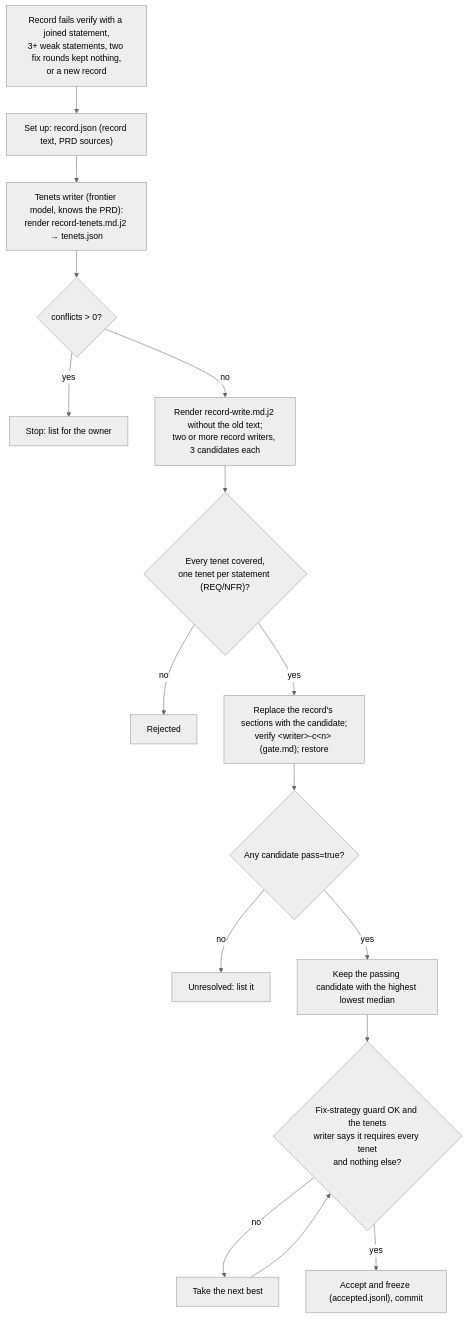
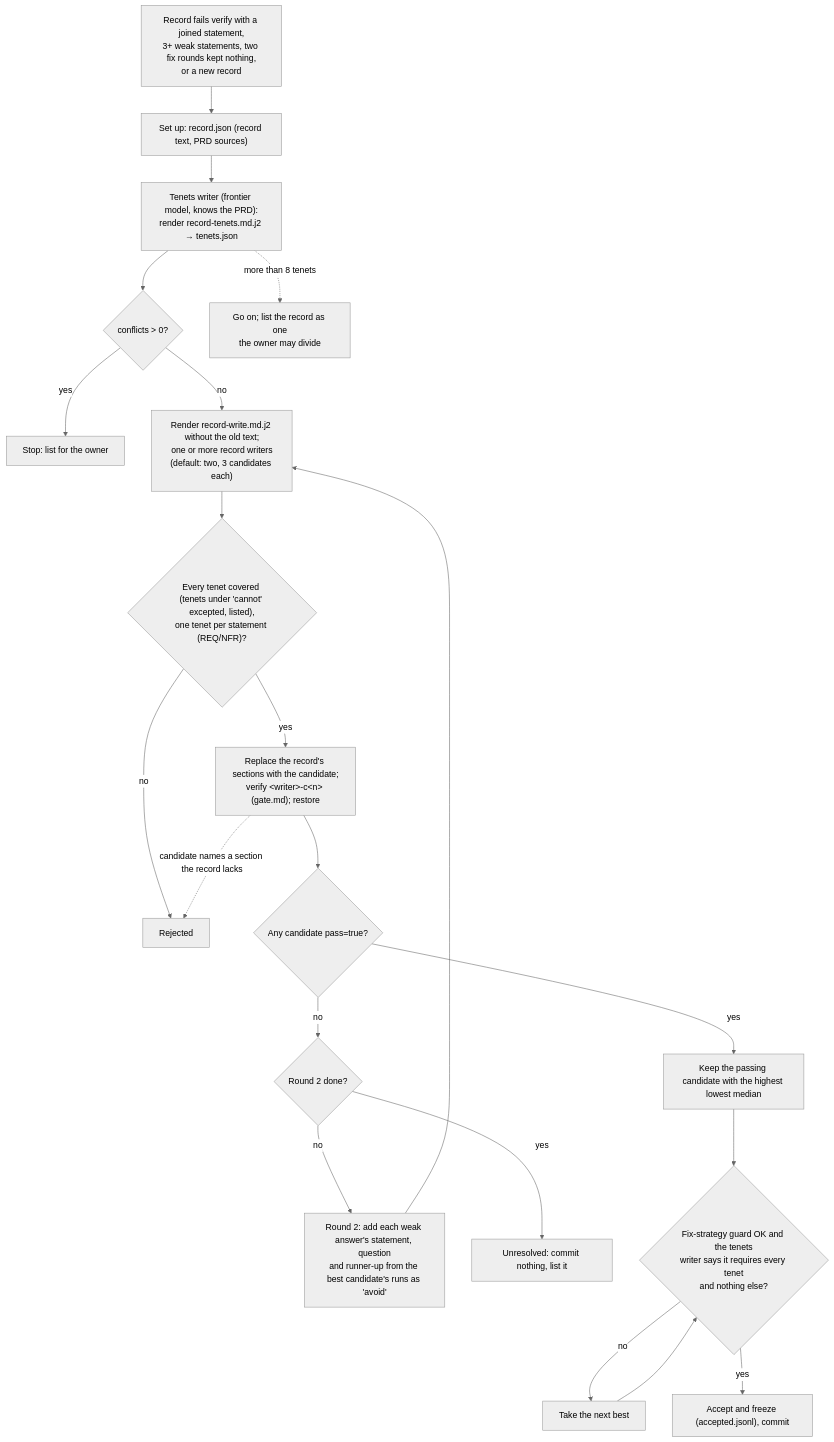
One commit to randlee/judge-jev changed the diagram in docs/diagrams/write.md. Above: the diagram before and after it, drawn with Mermaid (neutral theme). The commit also changed other lines of this file and 5 other files, not shown here.

First line of the commit message:
docs: diagrams follow the code per jj-quality review of #140

````diff
--- a/docs/diagrams/write.md
+++ b/docs/diagrams/write.md
@@ -6,17 +6,21 @@
 ```mermaid
 flowchart TD
     IN["Record fails verify with a joined statement,<br/>3+ weak statements, two fix rounds kept nothing,<br/>or a new record"] --> SU["Set up: record.json (record text, PRD sources)"]
     SU --> T["Tenets writer (frontier model, knows the PRD):<br/>render record-tenets.md.j2 → tenets.json"]
     T --> C{"conflicts > 0?"}
+    T -. "more than 8 tenets" .-> NOTE["Go on; list the record as one<br/>the owner may divide"]
     C -- yes --> OWN["Stop: list for the owner"]
-    C -- no --> W["Render record-write.md.j2 without the old text;<br/>two or more record writers, 3 candidates each"]
-    W --> CV{"Every tenet covered,<br/>one tenet per statement (REQ/NFR)?"}
+    C -- no --> W["Render record-write.md.j2 without the old text;<br/>one or more record writers<br/>(default: two, 3 candidates each)"]
+    W --> CV{"Every tenet covered (tenets under 'cannot' excepted, listed),<br/>one tenet per statement (REQ/NFR)?"}
     CV -- no --> RJ["Rejected"]
     CV -- yes --> AP["Replace the record's sections with the candidate;<br/>verify &lt;writer&gt;-c&lt;n&gt; (gate.md); restore"]
+    AP -. "candidate names a section the record lacks" .-> RJ
     AP --> PS{"Any candidate pass=true?"}
-    PS -- no --> UNR["Unresolved: list it"]
+    PS -- no --> R2{"Round 2 done?"}
+    R2 -- no --> AV["Round 2: add each weak answer's statement, question<br/>and runner-up from the best candidate's runs as 'avoid'"] --> W
+    R2 -- yes --> UNR["Unresolved: commit nothing, list it"]
     PS -- yes --> BEST["Keep the passing candidate with the highest lowest median"]
     BEST --> G{"Fix-strategy guard OK and the tenets<br/>writer says it requires every tenet<br/>and nothing else?"}
     G -- no --> NEXT["Take the next best"] --> G
     G -- yes --> ACC["Accept and freeze (accepted.jsonl), commit"]
 ```
````
